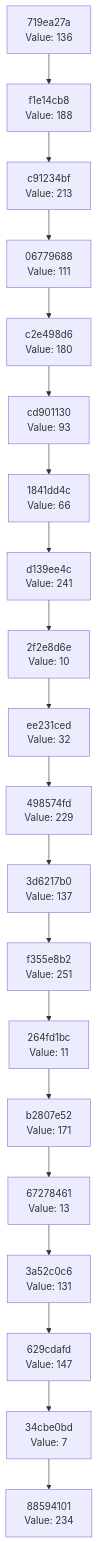
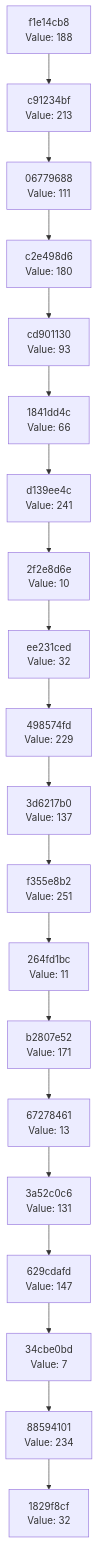
Before and after one commit to Abhisheksinha1506/hash-chain-evolver: the diagram in docs/CHAIN_VISUALIZATION.md, drawn with Mermaid. The commit also changed 2 other files, not shown here.

Commit message:
Evolution Step

````diff
--- a/docs/CHAIN_VISUALIZATION.md
+++ b/docs/CHAIN_VISUALIZATION.md
@@ -3,42 +3,42 @@
 ```mermaid
 graph TD
-    C0["88594101<br/>Value: 234"]
-    C1["34cbe0bd<br/>Value: 7"]
+    C0["1829f8cf<br/>Value: 32"]
+    C1["88594101<br/>Value: 234"]
     C1 --> C0
-    C2["629cdafd<br/>Value: 147"]
+    C2["34cbe0bd<br/>Value: 7"]
     C2 --> C1
-    C3["3a52c0c6<br/>Value: 131"]
+    C3["629cdafd<br/>Value: 147"]
     C3 --> C2
-    C4["67278461<br/>Value: 13"]
+    C4["3a52c0c6<br/>Value: 131"]
     C4 --> C3
-    C5["b2807e52<br/>Value: 171"]
+    C5["67278461<br/>Value: 13"]
     C5 --> C4
-    C6["264fd1bc<br/>Value: 11"]
+    C6["b2807e52<br/>Value: 171"]
     C6 --> C5
-    C7["f355e8b2<br/>Value: 251"]
+    C7["264fd1bc<br/>Value: 11"]
     C7 --> C6
-    C8["3d6217b0<br/>Value: 137"]
+    C8["f355e8b2<br/>Value: 251"]
     C8 --> C7
-    C9["498574fd<br/>Value: 229"]
+    C9["3d6217b0<br/>Value: 137"]
     C9 --> C8
-    C10["ee231ced<br/>Value: 32"]
+    C10["498574fd<br/>Value: 229"]
     C10 --> C9
-    C11["2f2e8d6e<br/>Value: 10"]
+    C11["ee231ced<br/>Value: 32"]
     C11 --> C10
-    C12["d139ee4c<br/>Value: 241"]
+    C12["2f2e8d6e<br/>Value: 10"]
     C12 --> C11
-    C13["1841dd4c<br/>Value: 66"]
+    C13["d139ee4c<br/>Value: 241"]
     C13 --> C12
-    C14["cd901130<br/>Value: 93"]
+    C14["1841dd4c<br/>Value: 66"]
     C14 --> C13
-    C15["c2e498d6<br/>Value: 180"]
+    C15["cd901130<br/>Value: 93"]
     C15 --> C14
-    C16["06779688<br/>Value: 111"]
+    C16["c2e498d6<br/>Value: 180"]
     C16 --> C15
-    C17["c91234bf<br/>Value: 213"]
+    C17["06779688<br/>Value: 111"]
     C17 --> C16
-    C18["f1e14cb8<br/>Value: 188"]
+    C18["c91234bf<br/>Value: 213"]
     C18 --> C17
-    C19["719ea27a<br/>Value: 136"]
+    C19["f1e14cb8<br/>Value: 188"]
     C19 --> C18
 ```
````
